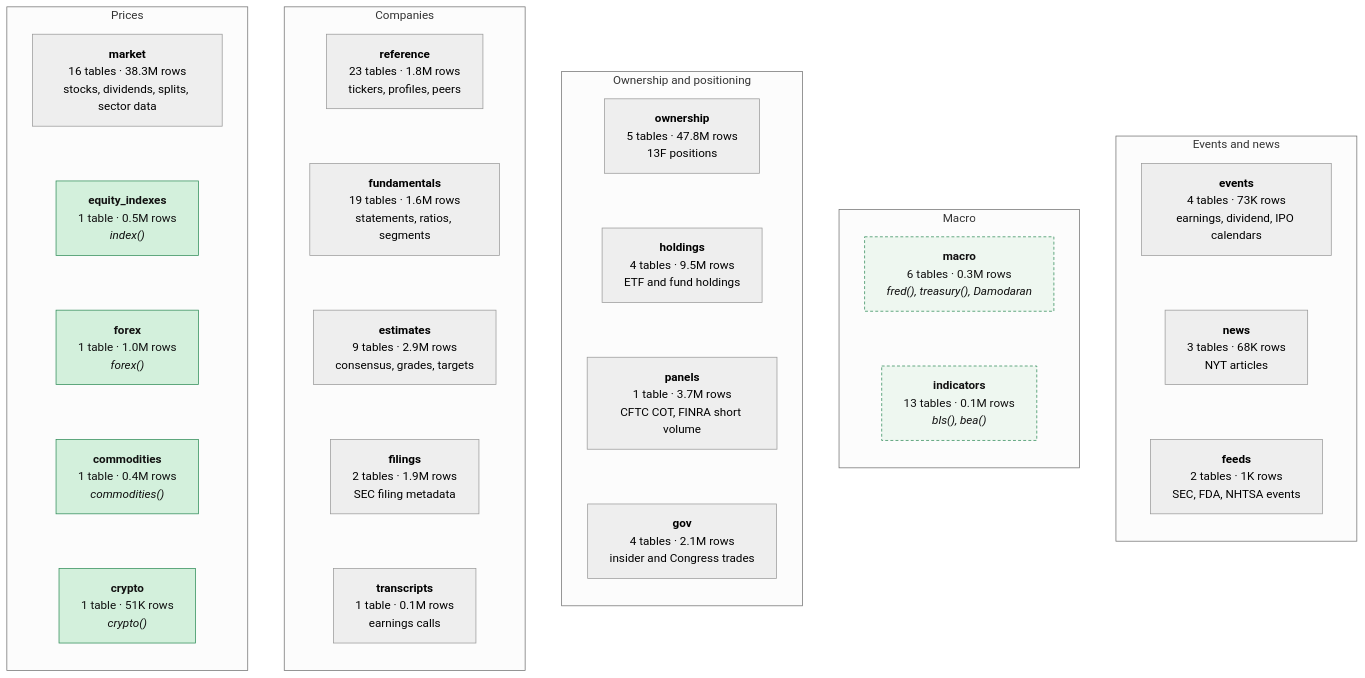
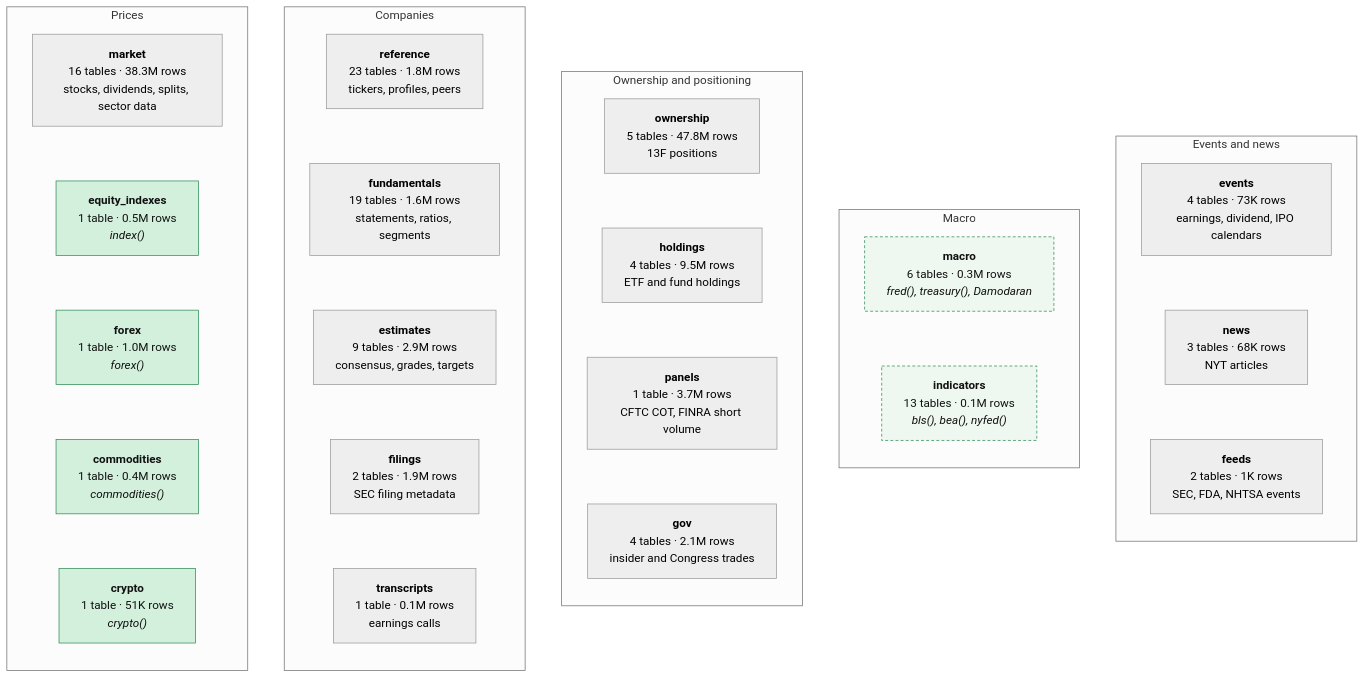
The third of 3 diagrams in README.md (AnshArora04/arora_data), drawn with Mermaid (neutral theme) before and after one commit. The commit also changed other lines of this file and 7 other files, not shown here.

````diff
--- a/README.md
+++ b/README.md
@@ -80,48 +81,48 @@
 ```mermaid
 flowchart LR
   subgraph PR["Prices"]
     direction TB
     market["<b>market</b><br/>16 tables · 38.3M rows<br/>stocks, dividends, splits, sector data"]
     equity_indexes["<b>equity_indexes</b><br/>1 table · 0.5M rows<br/><i>index()</i>"]
     forex["<b>forex</b><br/>1 table · 1.0M rows<br/><i>forex()</i>"]
     commodities["<b>commodities</b><br/>1 table · 0.4M rows<br/><i>commodities()</i>"]
     crypto["<b>crypto</b><br/>1 table · 51K rows<br/><i>crypto()</i>"]
   end
   subgraph CO["Companies"]
     direction TB
     reference["<b>reference</b><br/>23 tables · 1.8M rows<br/>tickers, profiles, peers"]
     fundamentals["<b>fundamentals</b><br/>19 tables · 1.6M rows<br/>statements, ratios, segments"]
     estimates["<b>estimates</b><br/>9 tables · 2.9M rows<br/>consensus, grades, targets"]
     filings["<b>filings</b><br/>2 tables · 1.9M rows<br/>SEC filing metadata"]
     transcripts["<b>transcripts</b><br/>1 table · 0.1M rows<br/>earnings calls"]
   end
   subgraph OW["Ownership and positioning"]
     direction TB
     ownership["<b>ownership</b><br/>5 tables · 47.8M rows<br/>13F positions"]
     holdings["<b>holdings</b><br/>4 tables · 9.5M rows<br/>ETF and fund holdings"]
     panels["<b>panels</b><br/>1 table · 3.7M rows<br/>CFTC COT, FINRA short volume"]
     gov["<b>gov</b><br/>4 tables · 2.1M rows<br/>insider and Congress trades"]
   end
   subgraph MA["Macro"]
     direction TB
     macro["<b>macro</b><br/>6 tables · 0.3M rows<br/><i>fred(), treasury(), Damodaran</i>"]
-    indicators["<b>indicators</b><br/>13 tables · 0.1M rows<br/><i>bls(), bea()</i>"]
+    indicators["<b>indicators</b><br/>13 tables · 0.1M rows<br/><i>bls(), bea(), nyfed()</i>"]
   end
   subgraph EV["Events and news"]
     direction TB
     events["<b>events</b><br/>4 tables · 73K rows<br/>earnings, dividend, IPO calendars"]
     news["<b>news</b><br/>3 tables · 68K rows<br/>NYT articles"]
     feeds["<b>feeds</b><br/>2 tables · 1K rows<br/>SEC, FDA, NHTSA events"]
   end
   PR ~~~ CO ~~~ OW ~~~ MA ~~~ EV
   market ~~~ equity_indexes ~~~ forex ~~~ commodities ~~~ crypto
   reference ~~~ fundamentals ~~~ estimates ~~~ filings ~~~ transcripts
   ownership ~~~ holdings ~~~ panels ~~~ gov
   macro ~~~ indicators
   events ~~~ news ~~~ feeds
 
   classDef read fill:#d3f0dc,stroke:#2e8b57,color:#111
   classDef part fill:#eef7f0,stroke:#2e8b57,stroke-dasharray:4 3,color:#111
   class equity_indexes,forex,commodities,crypto read
   class macro,indicators part
 ```
````
